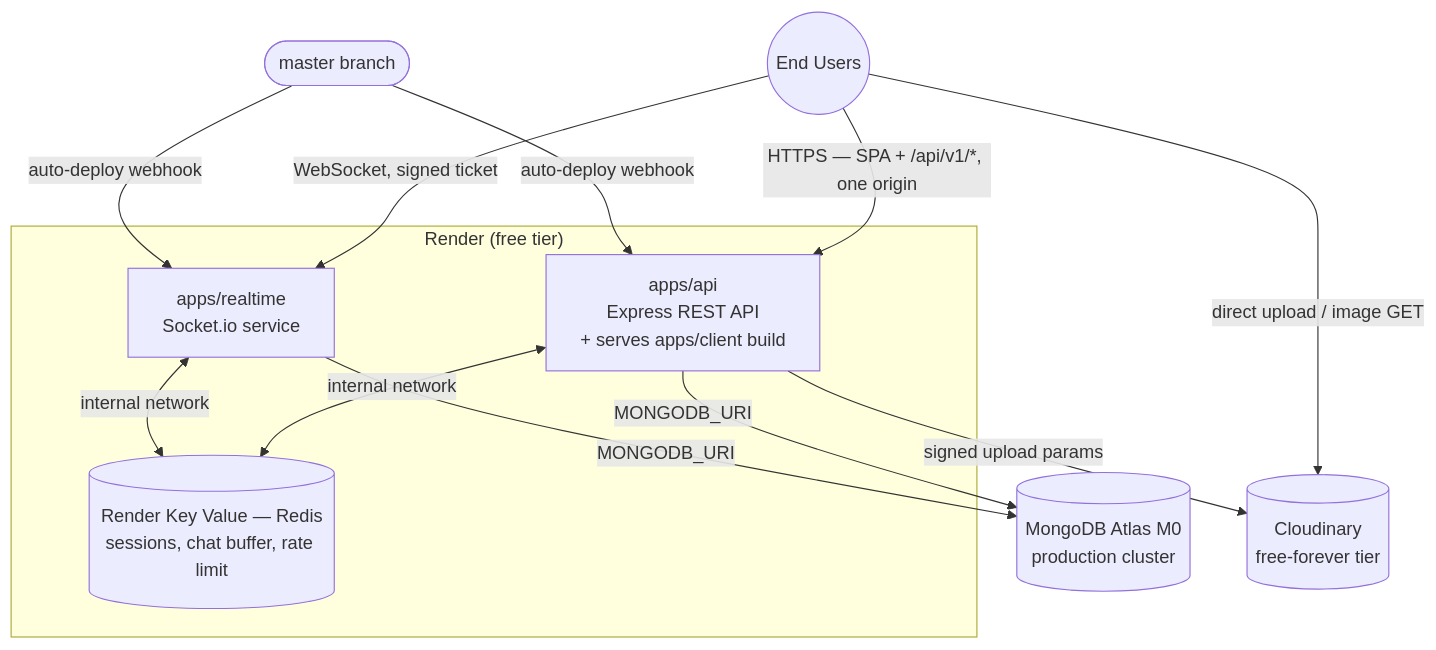
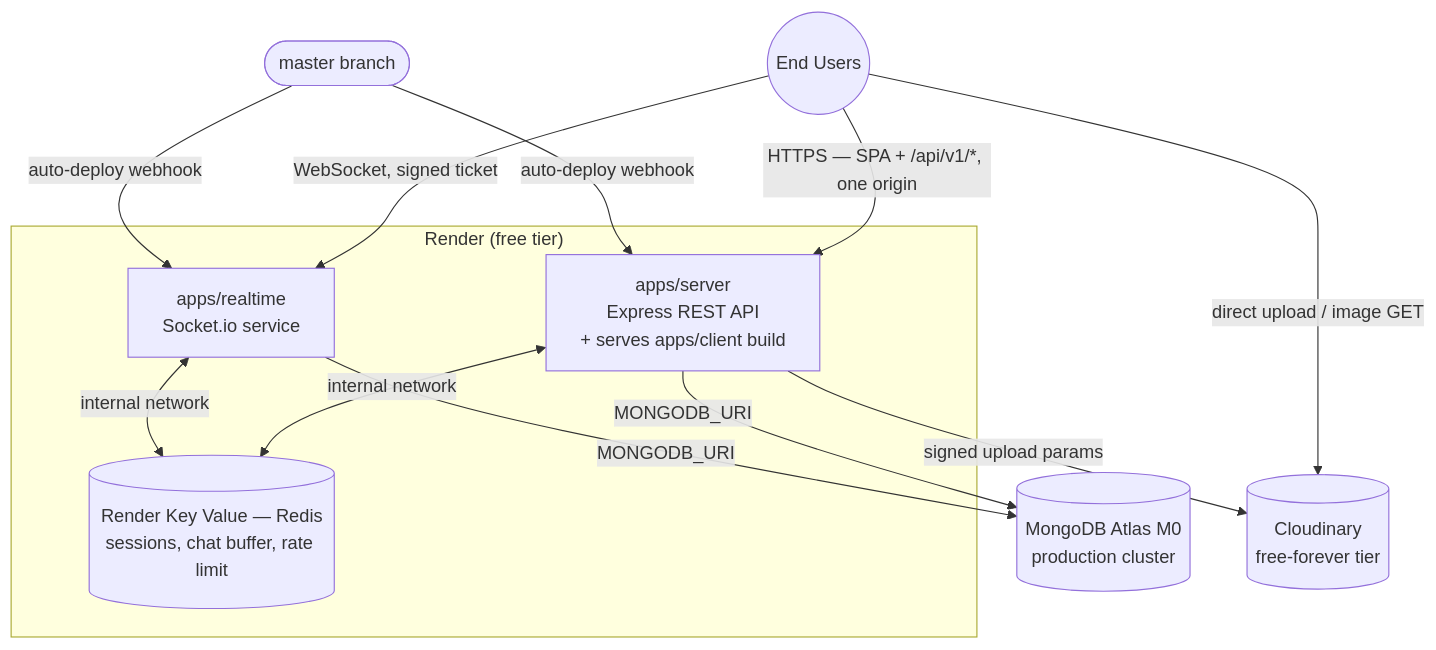
Before and after one commit to YonatanHen/Blog-Chat-app: the second of 4 diagrams in docs/architecture/deployment-architecture.md, drawn with Mermaid. The commit also changed other lines of this file and 105 other files, not shown here.

First line of the commit message:
refactor: rename apps/api to apps/server, split packages/shared, move infra config

````diff
--- a/docs/architecture/deployment-architecture.md
+++ b/docs/architecture/deployment-architecture.md
@@ -74,22 +74,22 @@
 ```mermaid
 flowchart TB
     Users(("End Users")) -->|"HTTPS — SPA + /api/v1/*, one origin"| ApiSvc
     Users -->|WebSocket, signed ticket| RealtimeSvc
 
     Master(["master branch"]) -->|auto-deploy webhook| ApiSvc
     Master -->|auto-deploy webhook| RealtimeSvc
 
     subgraph RenderCloud["Render (free tier)"]
-        ApiSvc["apps/api<br/>Express REST API<br/>+ serves apps/client build"]
+        ApiSvc["apps/server<br/>Express REST API<br/>+ serves apps/client build"]
         RealtimeSvc["apps/realtime<br/>Socket.io service"]
         Redis[("Render Key Value — Redis<br/>sessions, chat buffer, rate limit")]
         ApiSvc <-->|internal network| Redis
         RealtimeSvc <-->|internal network| Redis
     end
 
     ApiSvc -->|MONGODB_URI| Atlas[("MongoDB Atlas M0<br/>production cluster")]
     RealtimeSvc -->|MONGODB_URI| Atlas
 
     ApiSvc -->|signed upload params| Cloudinary[("Cloudinary<br/>free-forever tier")]
     Users -->|"direct upload / image GET"| Cloudinary
 ```
````
